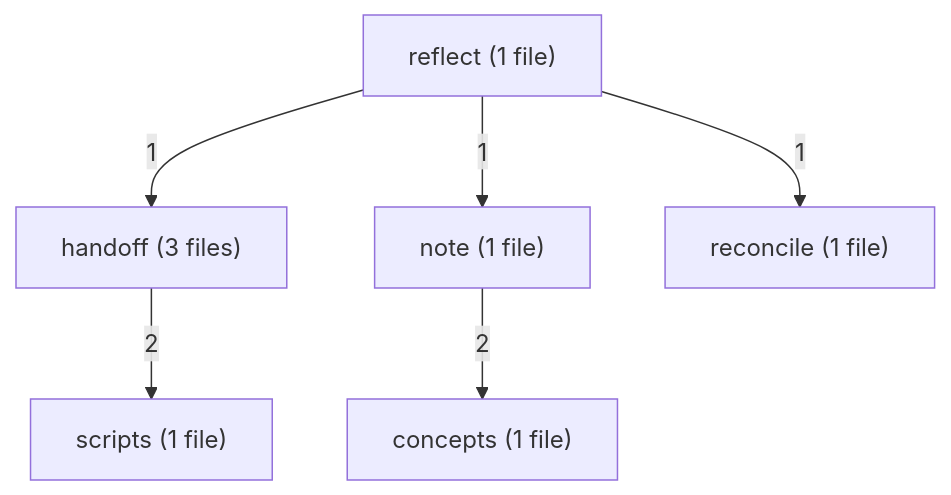
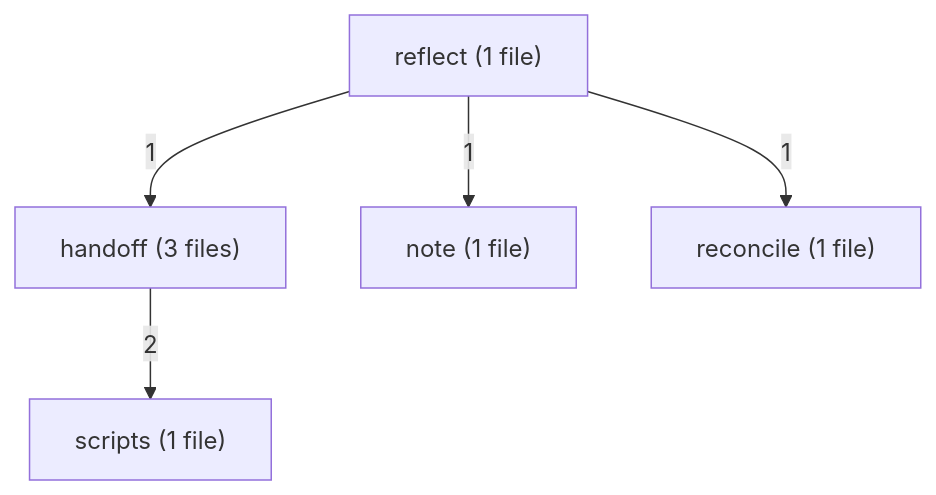
One commit to alecegg/varde changed the first of 6 diagrams in skills/varde-knowledge/FLOW.md. Above: the diagram before and after it, drawn with Mermaid. The commit also changed other lines of this file and 269 other files, not shown here.

````diff
--- a/skills/varde-knowledge/FLOW.md
+++ b/skills/varde-knowledge/FLOW.md
@@ -24,14 +23,12 @@
 ```mermaid
 flowchart TD
-  m0["concepts (1 file)"]
-  m1["handoff (3 files)"]
-  m2["note (1 file)"]
-  m3["reconcile (1 file)"]
-  m4["reflect (1 file)"]
-  m5["scripts (1 file)"]
-  m1 -->|"2"| m5
-  m2 -->|"2"| m0
-  m4 -->|"1"| m1
-  m4 -->|"1"| m2
-  m4 -->|"1"| m3
+  m0["handoff (3 files)"]
+  m1["note (1 file)"]
+  m2["reconcile (1 file)"]
+  m3["reflect (1 file)"]
+  m4["scripts (1 file)"]
+  m0 -->|"2"| m4
+  m3 -->|"1"| m0
+  m3 -->|"1"| m1
+  m3 -->|"1"| m2
 ```
````
